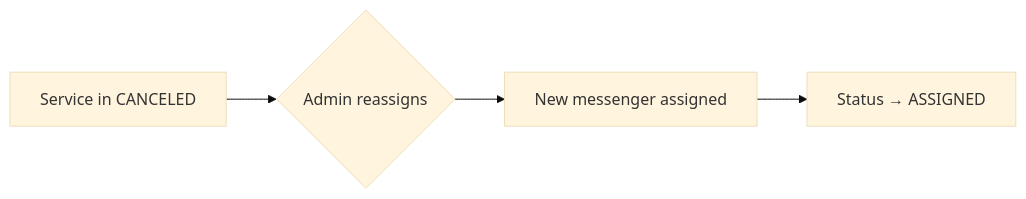
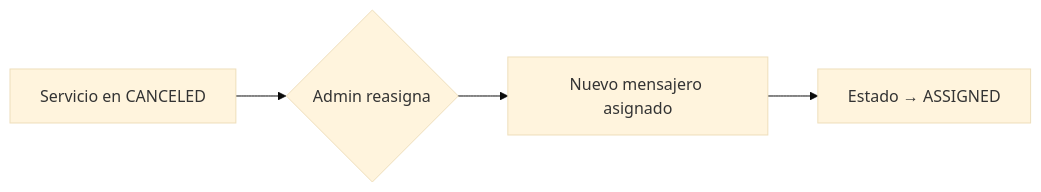
One commit to fttmatteo/messenger-backend changed the third of 3 diagrams in README.md. Above: the diagram before and after it, drawn with Mermaid (base theme). The commit also changed other lines of this file and 2 other files, not shown here.

````diff
--- a/README.md
+++ b/README.md
@@ -636,6 +667,6 @@
 ```mermaid
 flowchart LR
-    A[Service in CANCELED] --> B{Admin reassigns}
-    B --> C[New messenger assigned]
-    C --> D[Status → ASSIGNED]
+    A[Servicio en CANCELED] --> B{Admin reasigna}
+    B --> C[Nuevo mensajero asignado]
+    C --> D[Estado → ASSIGNED]
 ```
````
